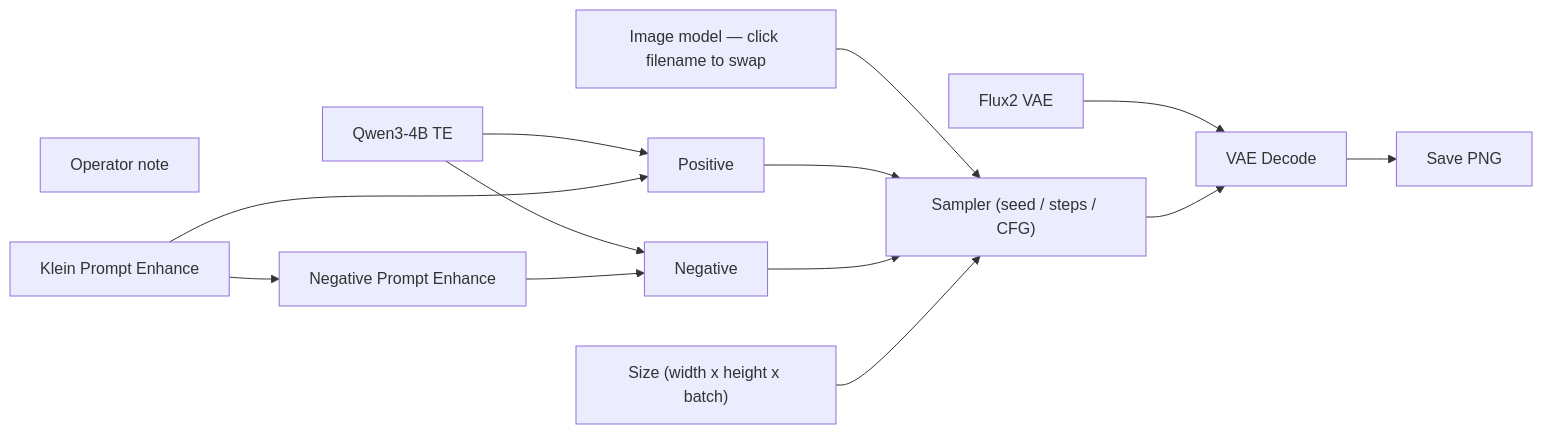
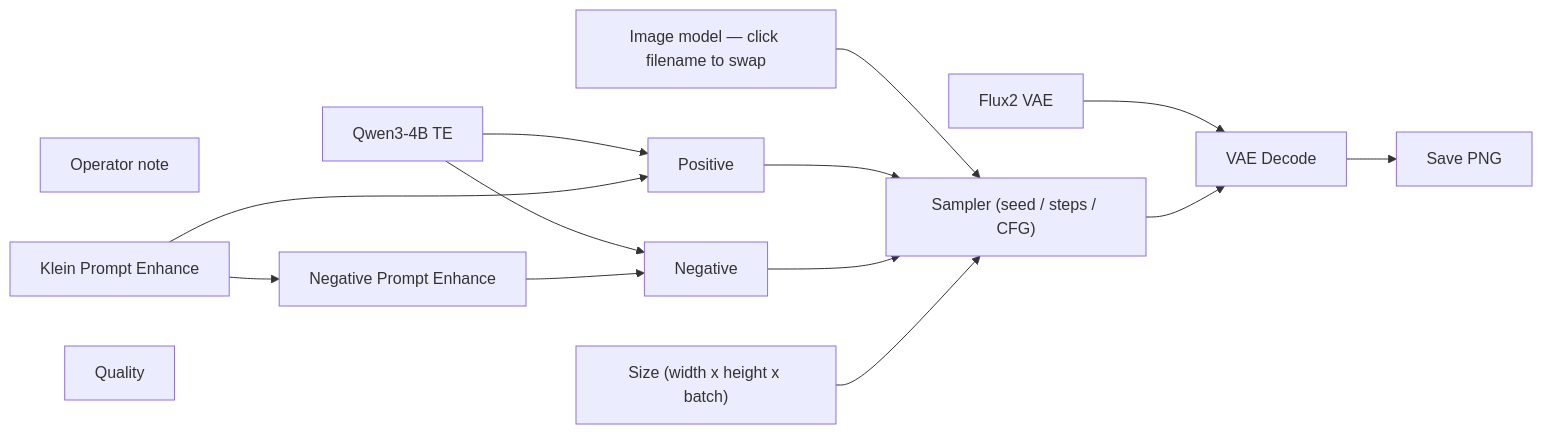
The diagram in docs/generated/workflows/klein/still-daily.md (toxicoder/ez-comfy-stack), drawn with Mermaid before and after one commit. The commit also changed other lines of this file and 644 other files, not shown here.

````diff
--- a/docs/generated/workflows/klein/still-daily.md
+++ b/docs/generated/workflows/klein/still-daily.md
@@ -57,27 +57,28 @@
 ```mermaid
 flowchart LR
   N1["Image model — click filename to swap"]
   N2["Qwen3-4B TE"]
   N3["Flux2 VAE"]
   N4["Positive"]
   N5["Negative"]
   N6["Size (width x height x batch)"]
   N7["Sampler (seed / steps / CFG)"]
   N8["VAE Decode"]
   N9["Save PNG"]
   N10["Operator note"]
   N11["Klein Prompt Enhance"]
   N12["Negative Prompt Enhance"]
+  N13["Quality"]
   N1 --> N7
   N2 --> N4
   N2 --> N5
   N3 --> N8
   N4 --> N7
   N5 --> N7
   N6 --> N7
   N7 --> N8
   N8 --> N9
   N11 --> N4
   N11 --> N12
   N12 --> N5
 ```
````
